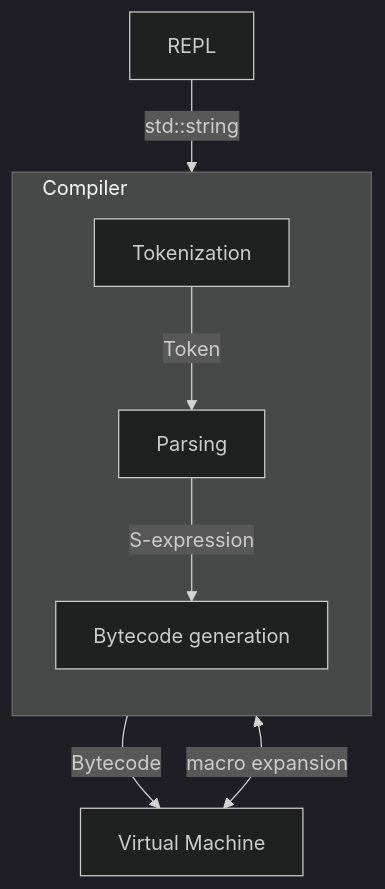
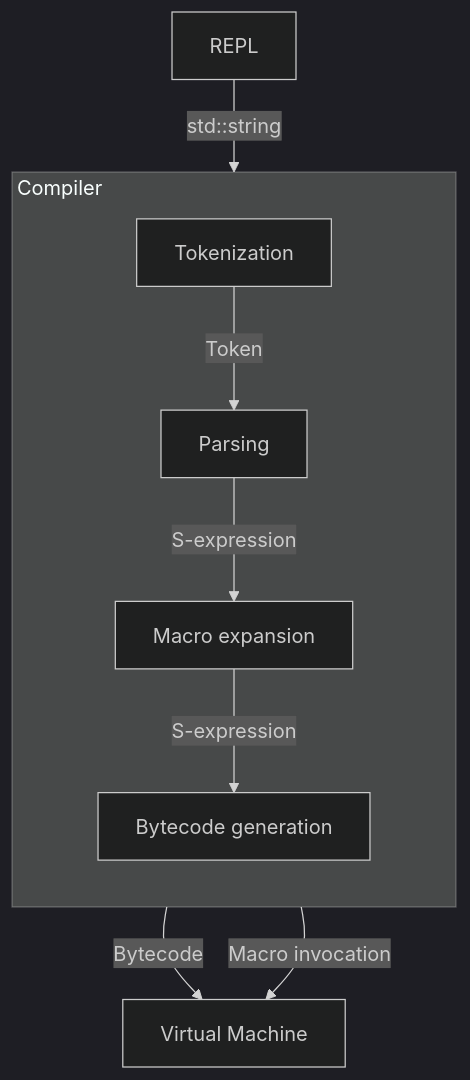
Before and after one commit to john-z-yang/lisp: the diagram in README.md, drawn with Mermaid (dark theme).

````diff
--- a/README.md
+++ b/README.md
@@ -69,19 +69,20 @@
 ```mermaid
 flowchart TB
   repl[REPL]
   vm[Virtual Machine]
-  subgraph compiler[Compiler&nbsp&nbsp&nbsp&nbsp&nbsp&nbsp&nbsp&nbsp&nbsp&nbsp&nbsp&nbsp&nbsp&nbsp&nbsp&nbsp&nbsp&nbsp&nbsp&nbsp&nbsp&nbsp&nbsp&nbsp&nbsp&nbsp&nbsp&nbsp&nbsp&nbsp&nbsp&nbsp&nbsp&nbsp&nbsp&nbsp&nbsp&nbsp]
+  subgraph compiler[Compiler&nbsp&nbsp&nbsp&nbsp&nbsp&nbsp&nbsp&nbsp&nbsp&nbsp&nbsp&nbsp&nbsp&nbsp&nbsp&nbsp&nbsp&nbsp&nbsp&nbsp&nbsp&nbsp&nbsp&nbsp&nbsp&nbsp&nbsp&nbsp&nbsp&nbsp&nbsp&nbsp&nbsp&nbsp&nbsp&nbsp&nbsp&nbsp&nbsp&nbsp&nbsp&nbsp&nbsp&nbsp&nbsp&nbsp&nbsp&nbsp&nbsp&nbsp&nbsp&nbsp&nbsp&nbsp&nbsp&nbsp&nbsp&nbsp&nbsp&nbsp&nbsp&nbsp]
     direction TB
     tok[Tokenization]
     par[Parsing]
+    macro[Macro expansion]
     byte[Bytecode generation]
 
     tok -- Token --> par
-    par -- S-expression --> byte
+    par -- S-expression --> macro
+    macro -- S-expression --> byte
   end
 
   repl -- std::string --> tok
   byte -- Bytecode --> vm
-  byte <-- macro expansion --> vm
-
+  macro -- Macro invocation --> vm
 ```
````
